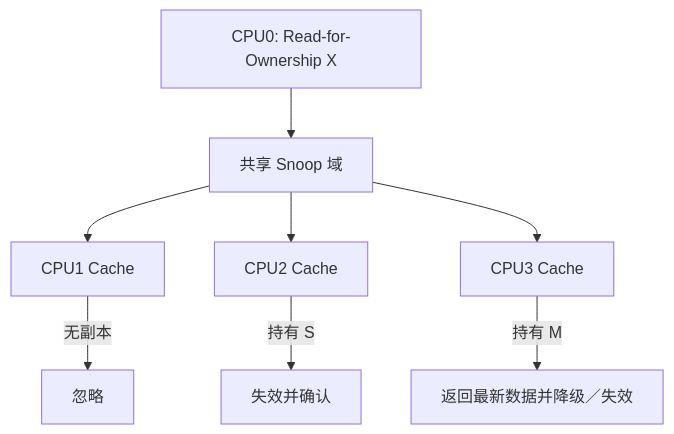
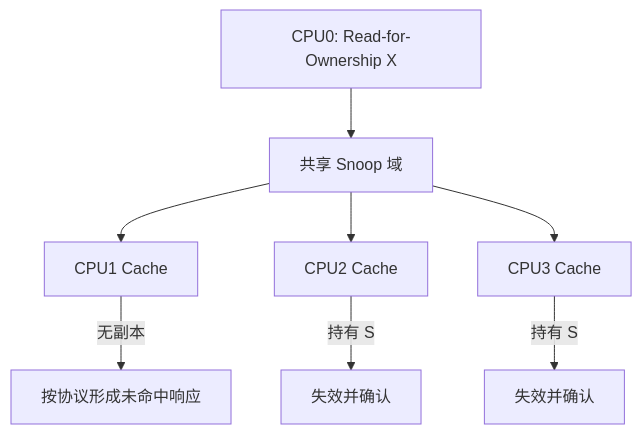
One commit to FormingSystem/linux_note changed the second of 3 diagrams in knowledge/foundations/computer_architecture/cache_coherence/P05_Snooping_与_Directory_一致性.md. Above: the diagram before and after it, drawn with Mermaid. The commit also changed other lines of this file and 10 other files, not shown here.

First line of the commit message:
content(architecture/cache): 重建缓存一致性事务与硬件职责的因果讲解

````diff
--- a/knowledge/foundations/computer_architecture/cache_coherence/P05_Snooping_与_Directory_一致性.md
+++ b/knowledge/foundations/computer_architecture/cache_coherence/P05_Snooping_与_Directory_一致性.md
@@ -33,10 +35,10 @@
 ```mermaid
 flowchart TD
     R[CPU0: Read-for-Ownership X] --> BUS[共享 Snoop 域]
     BUS --> C1[CPU1 Cache]
     BUS --> C2[CPU2 Cache]
     BUS --> C3[CPU3 Cache]
-    C1 -->|无副本| N1[忽略]
+    C1 -->|无副本| N1[按协议形成未命中响应]
     C2 -->|持有 S| I2[失效并确认]
-    C3 -->|持有 M| D3[返回最新数据并降级／失效]
+    C3 -->|持有 S| D3[失效并确认]
 ```
````
